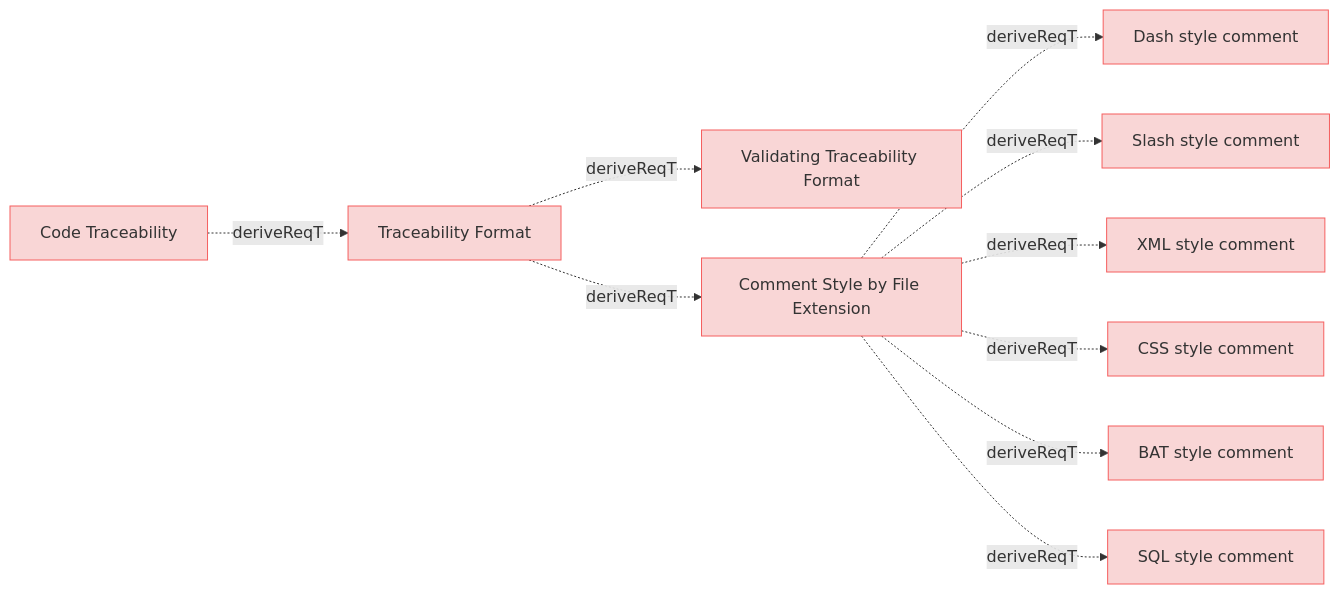
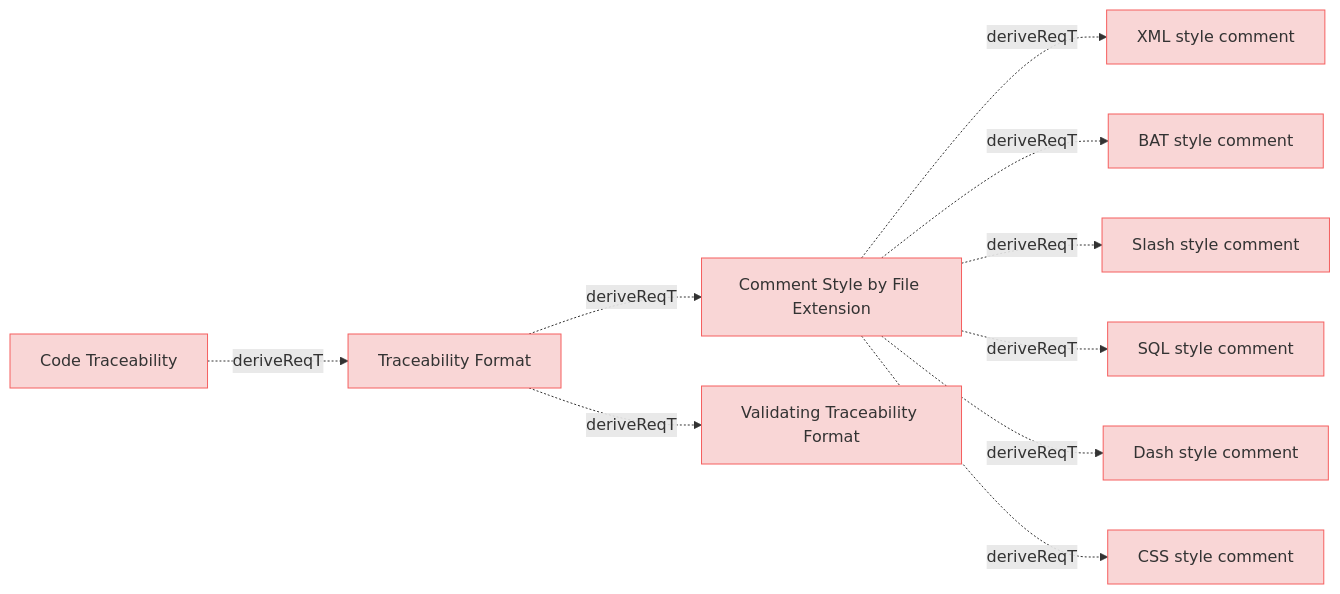
The diagram in specifications/CodeTraecabilityRequirements.md (reqvire-org/reqvire), drawn with Mermaid before and after one commit. The commit also changed other lines of this file and 31 other files, not shown here.

````diff
--- a/specifications/CodeTraecabilityRequirements.md
+++ b/specifications/CodeTraecabilityRequirements.md
@@ -4,49 +4,49 @@
 ```mermaid
 graph LR;
   %% REQVIRE-AUTOGENERATED-DIAGRAM
   %% Graph styling
   classDef requirement fill:#f9d6d6,stroke:#f55f5f,stroke-width:1px;
   classDef verification fill:#d6f9d6,stroke:#5fd75f,stroke-width:1px;
   classDef externalLink fill:#d0e0ff,stroke:#3080ff,stroke-width:1px;
   classDef default fill:#f5f5f5,stroke:#333333,stroke-width:1px;
 
-  be41c3d9e39abe6f["Dash style comment"];
-  class be41c3d9e39abe6f requirement;
-  click be41c3d9e39abe6f "CodeTraecabilityRequirements.md#dash-style-comment";
+  474c97b7d0029622["XML style comment"];
+  class 474c97b7d0029622 requirement;
+  click 474c97b7d0029622 "CodeTraecabilityRequirements.md#xml-style-comment";
+  f4c09ad7359812ff["Comment Style by File Extension"];
+  class f4c09ad7359812ff requirement;
+  click f4c09ad7359812ff "CodeTraecabilityRequirements.md#comment-style-by-file-extension";
+  f4c09ad7359812ff -.->|deriveReqT| 474c97b7d0029622;
+  7fdde6a23819450b["BAT style comment"];
+  class 7fdde6a23819450b requirement;
+  click 7fdde6a23819450b "CodeTraecabilityRequirements.md#bat-style-comment";
+  f4c09ad7359812ff -.->|deriveReqT| 7fdde6a23819450b;
   99c4cc438042d855["Slash style comment"];
   class 99c4cc438042d855 requirement;
   click 99c4cc438042d855 "CodeTraecabilityRequirements.md#slash-style-comment";
-  9314736a59776478["Traceability Format"];
-  class 9314736a59776478 requirement;
-  click 9314736a59776478 "CodeTraecabilityRequirements.md#traceability-format";
-  3db41d3530e56596["Validating Traceability Format"];
-  class 3db41d3530e56596 requirement;
-  click 3db41d3530e56596 "CodeTraecabilityRequirements.md#validating-traceability-format";
-  9314736a59776478 -.->|deriveReqT| 3db41d3530e56596;
-  f4c09ad7359812ff["Comment Style by File Extension"];
-  class f4c09ad7359812ff requirement;
-  click f4c09ad7359812ff "CodeTraecabilityRequirements.md#comment-style-by-file-extension";
-  9314736a59776478 -.->|deriveReqT| f4c09ad7359812ff;
-  474c97b7d0029622["XML style comment"];
-  class 474c97b7d0029622 requirement;
-  click 474c97b7d0029622 "CodeTraecabilityRequirements.md#xml-style-comment";
-  a91fc474f292f1c9["CSS style comment"];
-  class a91fc474f292f1c9 requirement;
-  click a91fc474f292f1c9 "CodeTraecabilityRequirements.md#css-style-comment";
-  7fdde6a23819450b["BAT style comment"];
-  class 7fdde6a23819450b requirement;
-  click 7fdde6a23819450b "CodeTraecabilityRequirements.md#bat-style-comment";
-  f4c09ad7359812ff -.->|deriveReqT| be41c3d9e39abe6f;
   f4c09ad7359812ff -.->|deriveReqT| 99c4cc438042d855;
-  f4c09ad7359812ff -.->|deriveReqT| 474c97b7d0029622;
-  f4c09ad7359812ff -.->|deriveReqT| a91fc474f292f1c9;
-  f4c09ad7359812ff -.->|deriveReqT| 7fdde6a23819450b;
   39fc946195c12956["SQL style comment"];
   class 39fc946195c12956 requirement;
   click 39fc946195c12956 "CodeTraecabilityRequirements.md#sql-style-comment";
   f4c09ad7359812ff -.->|deriveReqT| 39fc946195c12956;
+  be41c3d9e39abe6f["Dash style comment"];
+  class be41c3d9e39abe6f requirement;
+  click be41c3d9e39abe6f "CodeTraecabilityRequirements.md#dash-style-comment";
+  f4c09ad7359812ff -.->|deriveReqT| be41c3d9e39abe6f;
+  a91fc474f292f1c9["CSS style comment"];
+  class a91fc474f292f1c9 requirement;
+  click a91fc474f292f1c9 "CodeTraecabilityRequirements.md#css-style-comment";
+  f4c09ad7359812ff -.->|deriveReqT| a91fc474f292f1c9;
+  3db41d3530e56596["Validating Traceability Format"];
+  class 3db41d3530e56596 requirement;
+  click 3db41d3530e56596 "CodeTraecabilityRequirements.md#validating-traceability-format";
+  9314736a59776478["Traceability Format"];
+  class 9314736a59776478 requirement;
+  click 9314736a59776478 "CodeTraecabilityRequirements.md#traceability-format";
+  9314736a59776478 -.->|deriveReqT| f4c09ad7359812ff;
+  9314736a59776478 -.->|deriveReqT| 3db41d3530e56596;
   26ca72b617aff229["Code Traceability"];
   class 26ca72b617aff229 requirement;
   click 26ca72b617aff229 "UserRequirements.md#code-traceability";
   26ca72b617aff229 -.->|deriveReqT| 9314736a59776478;
 ```
````
